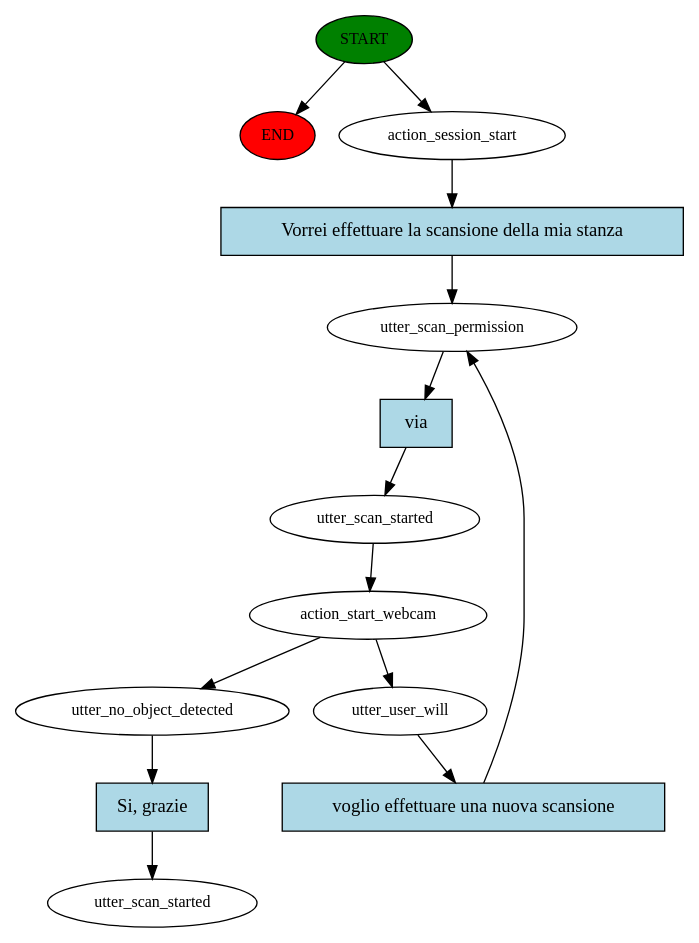
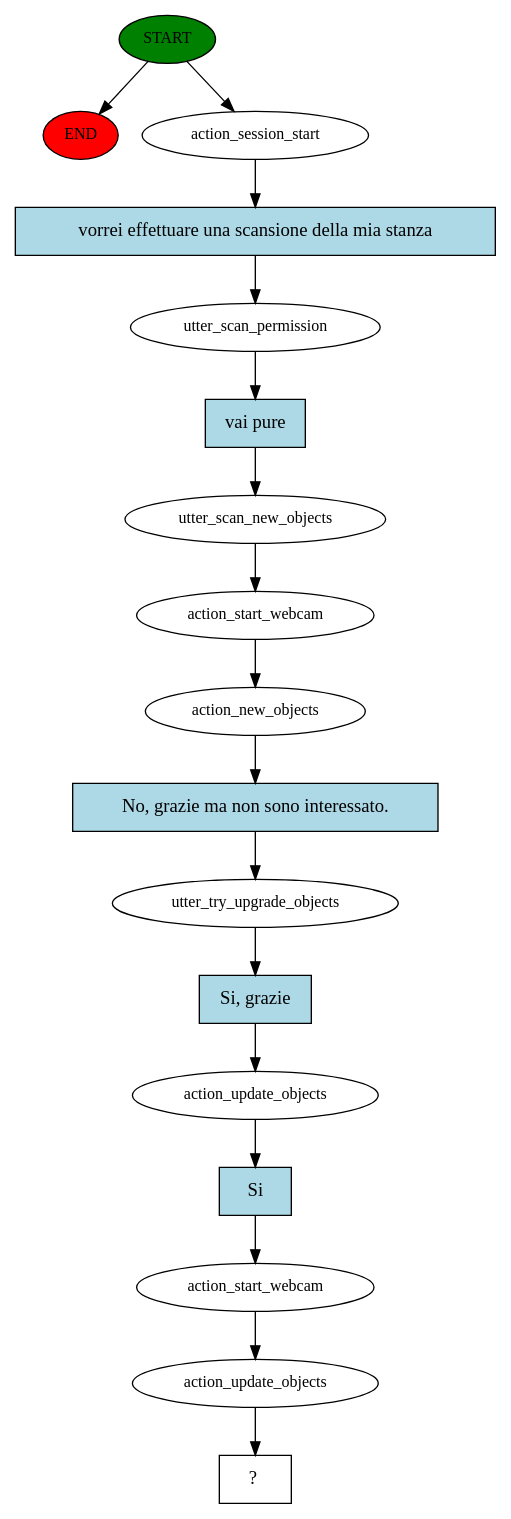
One commit to Giustino98/RasaChatbot changed the diagram in story_graph.dot. Above: the diagram before and after it, drawn with Graphviz. The commit also changed 5 other files, not shown here.

```diff
--- a/story_graph.dot
+++ b/story_graph.dot
@@ -1,28 +1,35 @@
 digraph  {
 0 [class="start active", fillcolor=green, fontsize=12, label=START, style=filled];
 "-1" [class=end, fillcolor=red, fontsize=12, label=END, style=filled];
 1 [class=active, fontsize=12, label=action_session_start];
 2 [class=active, fontsize=12, label=utter_scan_permission];
-3 [class=active, fontsize=12, label=utter_scan_started];
+3 [class=active, fontsize=12, label=utter_scan_new_objects];
 4 [class=active, fontsize=12, label=action_start_webcam];
-5 [class=active, fontsize=12, label=utter_user_will];
-9 [class=active, fontsize=12, label=utter_no_object_detected];
-10 [class="dashed active", fontsize=12, label=utter_scan_started];
-11 [class="intent active", fillcolor=lightblue, label="Vorrei effettuare la scansione della mia stanza", shape=rect, style=filled];
-12 [class="intent active", fillcolor=lightblue, label=via, shape=rect, style=filled];
-13 [class="intent active", fillcolor=lightblue, label="voglio effettuare una nuova scansione", shape=rect, style=filled];
+5 [class=active, fontsize=12, label=action_new_objects];
+6 [class=active, fontsize=12, label=utter_try_upgrade_objects];
+7 [class=active, fontsize=12, label=action_update_objects];
+8 [class=active, fontsize=12, label=action_start_webcam];
+9 [class=active, fontsize=12, label=action_update_objects];
+10 [class="intent dashed active", label="  ?  ", shape=rect];
+11 [class="intent active", fillcolor=lightblue, label="vorrei effettuare una scansione della mia stanza", shape=rect, style=filled];
+12 [class="intent active", fillcolor=lightblue, label="vai pure", shape=rect, style=filled];
+13 [class="intent active", fillcolor=lightblue, label="No, grazie ma non sono interessato.", shape=rect, style=filled];
 14 [class="intent active", fillcolor=lightblue, label="Si, grazie", shape=rect, style=filled];
+15 [class="intent active", fillcolor=lightblue, label=Si, shape=rect, style=filled];
 0 -> "-1"  [class="", key=NONE, label=""];
 0 -> 1  [class=active, key=NONE, label=""];
 1 -> 11  [class=active, key=0];
 2 -> 12  [class=active, key=0];
 3 -> 4  [class=active, key=NONE, label=""];
 4 -> 5  [class=active, key=NONE, label=""];
-4 -> 9  [class=active, key=NONE, label=""];
 5 -> 13  [class=active, key=0];
-9 -> 14  [class=active, key=0];
+6 -> 14  [class=active, key=0];
+7 -> 15  [class=active, key=0];
+8 -> 9  [class=active, key=NONE, label=""];
+9 -> 10  [class=active, key=NONE, label=""];
 11 -> 2  [class=active, key=0];
 12 -> 3  [class=active, key=0];
-13 -> 2  [class=active, key=0];
-14 -> 10  [class=active, key=0];
+13 -> 6  [class=active, key=0];
+14 -> 7  [class=active, key=0];
+15 -> 8  [class=active, key=0];
 }
```
